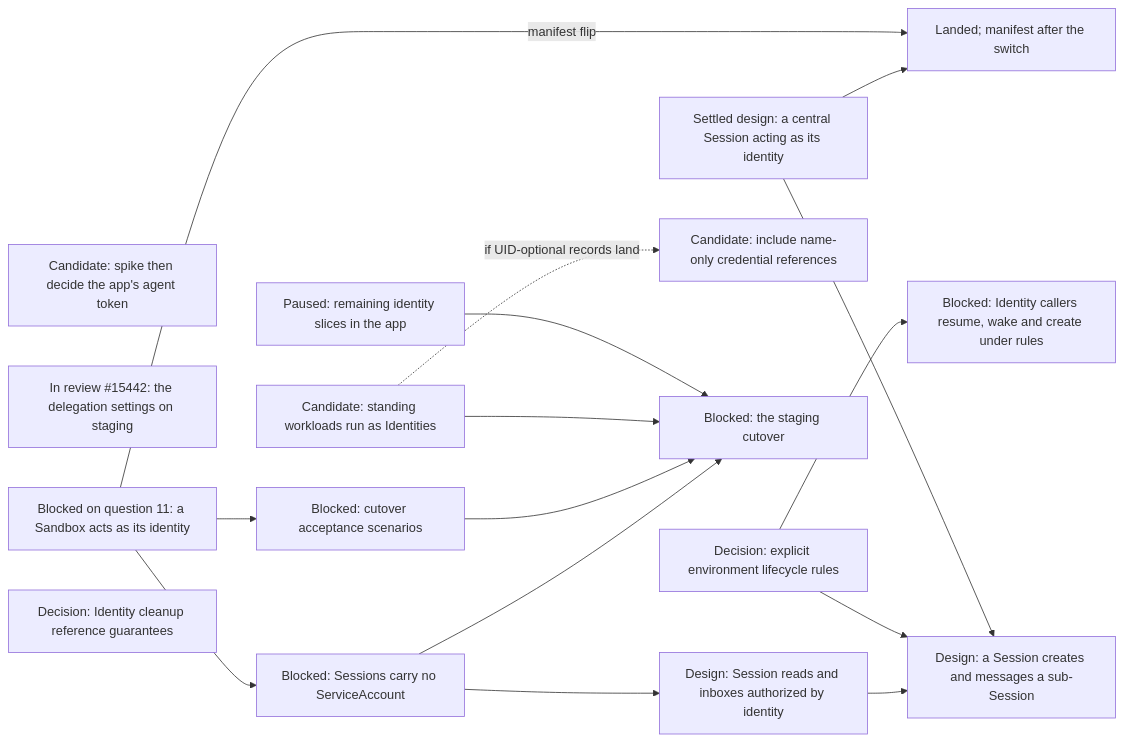
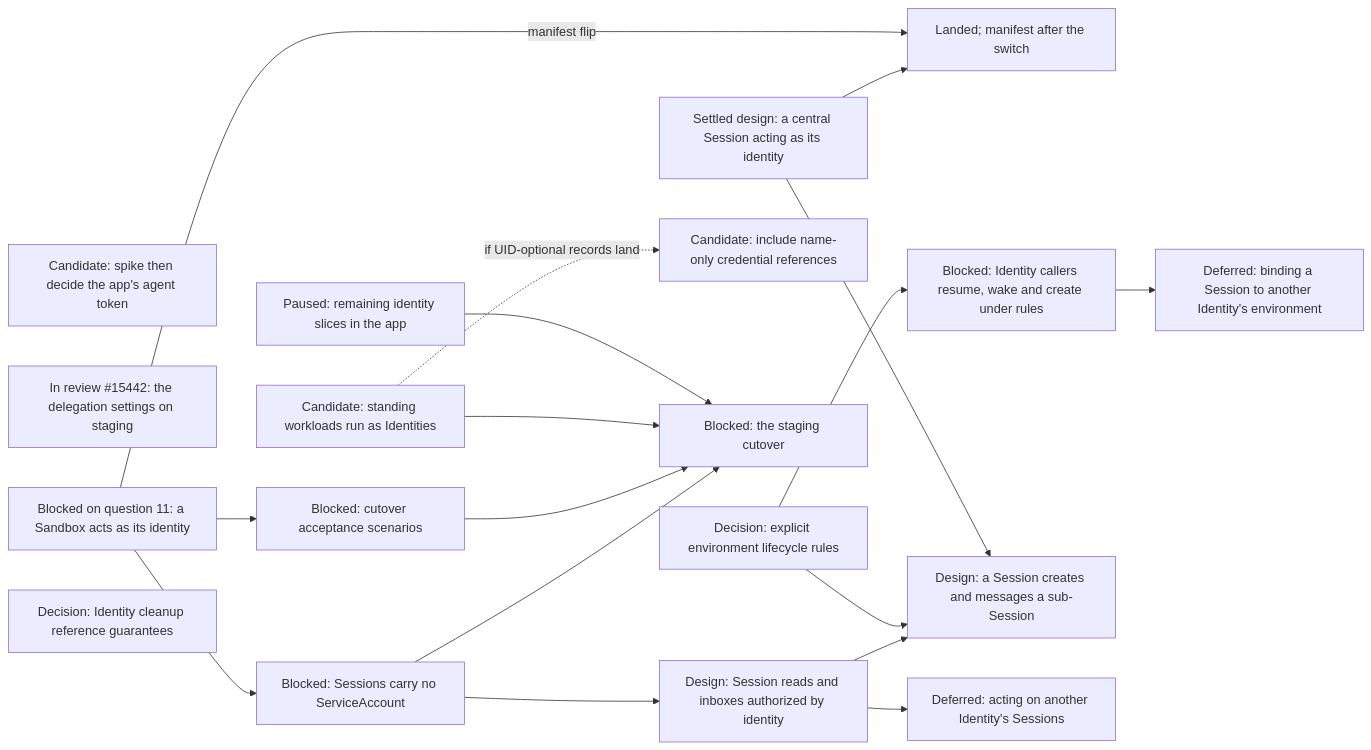
Before and after one commit to agentydragon/ducktape: diagram 16 of 18 in agentplane/plans/task_dag.md, drawn with Mermaid. The commit also changed other lines of this file, not shown here.

Commit message:
task DAG: defer cross-Identity Session authority and binding

````diff
--- a/agentplane/plans/task_dag.md
+++ b/agentplane/plans/task_dag.md
@@ -3131,30 +3131,32 @@
 ```mermaid
 flowchart LR
     APP_AGENT_TOKEN_DECISION[Candidate: spike then decide the app's agent token]
     SERVICES_IDENTITY_PRINCIPAL[In review #15442: the delegation settings on staging]
     CENTRAL_SESSION_ACTING_DESIGN[Settled design: a central Session acting as its identity]
     CENTRAL_SESSION_DELEGATED_ACTING[Landed; manifest after the switch]
     CENTRAL_SESSION_ACTING_DESIGN --> CENTRAL_SESSION_DELEGATED_ACTING
     SANDBOX_IDENTITY_SPEC -->|manifest flip| CENTRAL_SESSION_DELEGATED_ACTING
     STANDING_WORKLOAD_IDENTITY[Candidate: standing workloads run as Identities]
     ENVIRONMENT_RULE_TYPE_DESIGN[Decision: explicit environment lifecycle rules]
     ENVIRONMENT_LIFECYCLE_RULES[Blocked: Identity callers resume, wake and create under rules]
     ENVIRONMENT_RULE_TYPE_DESIGN --> ENVIRONMENT_LIFECYCLE_RULES
     APP_IDENTITIES_UI[Paused: remaining identity slices in the app]
     IDENTITY_CLEANUP_REFERENCE_DECISION[Decision: Identity cleanup reference guarantees]
     IDENTITY_DELETE_CREDENTIAL_GUARD[Candidate: include name-only credential references]
     STANDING_WORKLOAD_IDENTITY -. if UID-optional records land .-> IDENTITY_DELETE_CREDENTIAL_GUARD
     SANDBOX_IDENTITY_SPEC[Blocked on question 11: a Sandbox acts as its identity]
     SANDBOX_IDENTITY_SPEC --> IDENTITY_SYSTEM_TESTS[Blocked: cutover acceptance scenarios]
     SANDBOX_IDENTITY_SPEC --> SESSION_SA_PRINCIPAL_REMOVAL[Blocked: Sessions carry no ServiceAccount]
     SESSION_SA_PRINCIPAL_REMOVAL --> IDENTITY_CUTOVER
     SESSION_SA_PRINCIPAL_REMOVAL --> SESSION_IDENTITY_AUTHZ
     SESSION_SUBAGENT_DELEGATION[Design: a Session creates and messages a sub-Session]
     SESSION_IDENTITY_AUTHZ --> SESSION_SUBAGENT_DELEGATION
     ENVIRONMENT_RULE_TYPE_DESIGN --> SESSION_SUBAGENT_DELEGATION
     CENTRAL_SESSION_ACTING_DESIGN --> SESSION_SUBAGENT_DELEGATION
     IDENTITY_SYSTEM_TESTS --> IDENTITY_CUTOVER[Blocked: the staging cutover]
     STANDING_WORKLOAD_IDENTITY --> IDENTITY_CUTOVER
     APP_IDENTITIES_UI --> IDENTITY_CUTOVER
     SESSION_IDENTITY_AUTHZ[Design: Session reads and inboxes authorized by identity]
+    SESSION_IDENTITY_AUTHZ --> SESSION_CROSS_IDENTITY_AUTHORITY[Deferred: acting on another Identity's Sessions]
+    ENVIRONMENT_LIFECYCLE_RULES --> CROSS_IDENTITY_SESSION_BINDING[Deferred: binding a Session to another Identity's environment]
 ```
````
